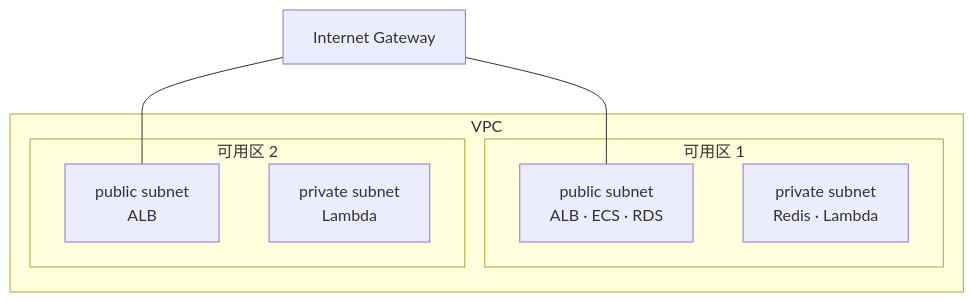
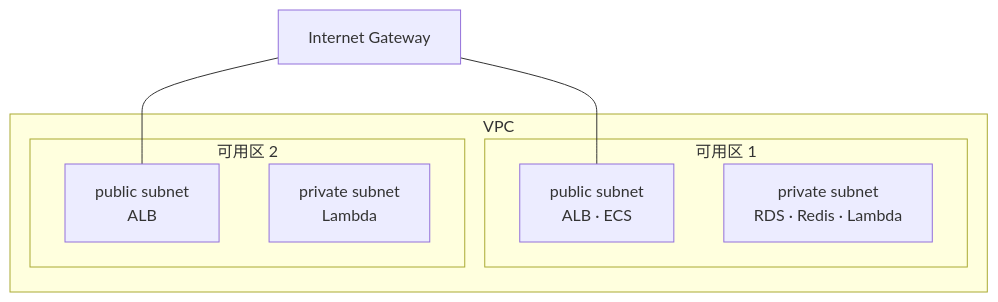
One commit to jessehub777/flashbuy changed the second of 4 diagrams in README_zh.md. Above: the diagram before and after it, drawn with Mermaid. The commit also changed other lines of this file and 1 other file, not shown here.

````diff
--- a/README_zh.md
+++ b/README_zh.md
@@ -111,16 +101,16 @@
 ```mermaid
 flowchart TB
   IGW["Internet Gateway"]
   subgraph VPC["VPC"]
     subgraph AZ1["可用区 1"]
-      PUB1["public subnet<br/>ALB · ECS · RDS"]
-      PRIV1["private subnet<br/>Redis · Lambda"]
+      PUB1["public subnet<br/>ALB · ECS"]
+      PRIV1["private subnet<br/>RDS · Redis · Lambda"]
     end
     subgraph AZ2["可用区 2"]
       PUB2["public subnet<br/>ALB"]
       PRIV2["private subnet<br/>Lambda"]
     end
   end
   IGW --- PUB1
   IGW --- PUB2
 ```
````
